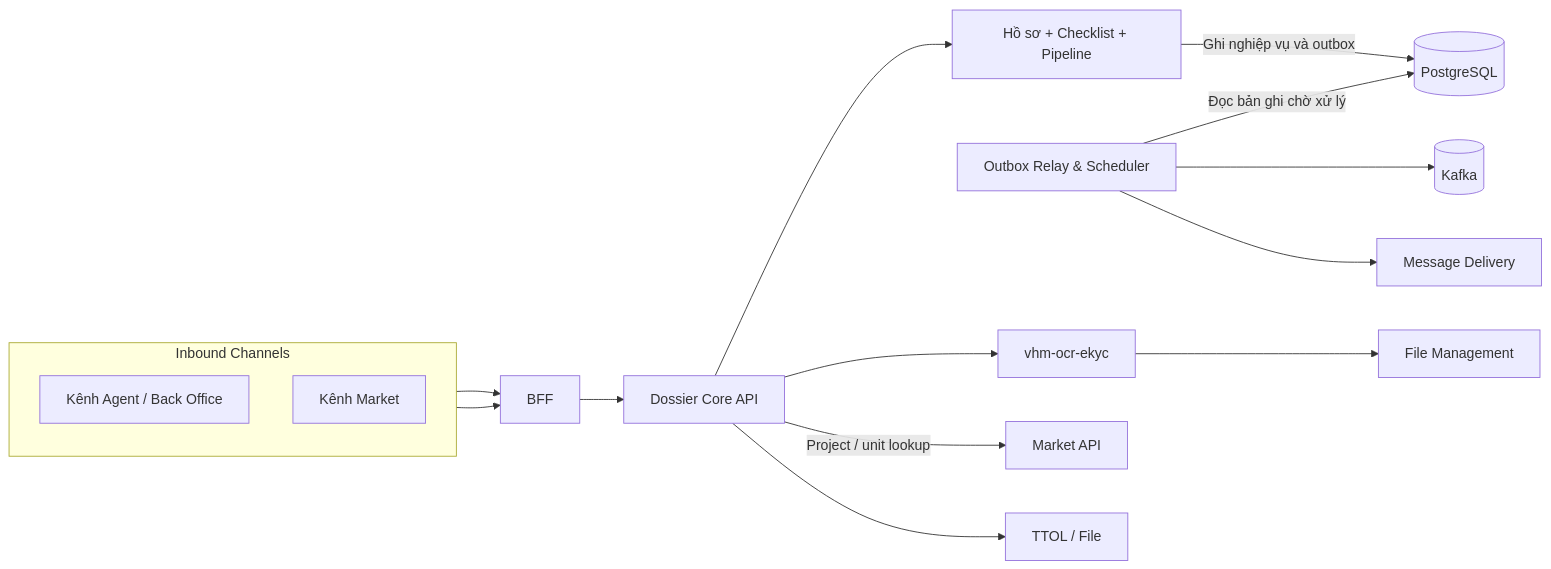
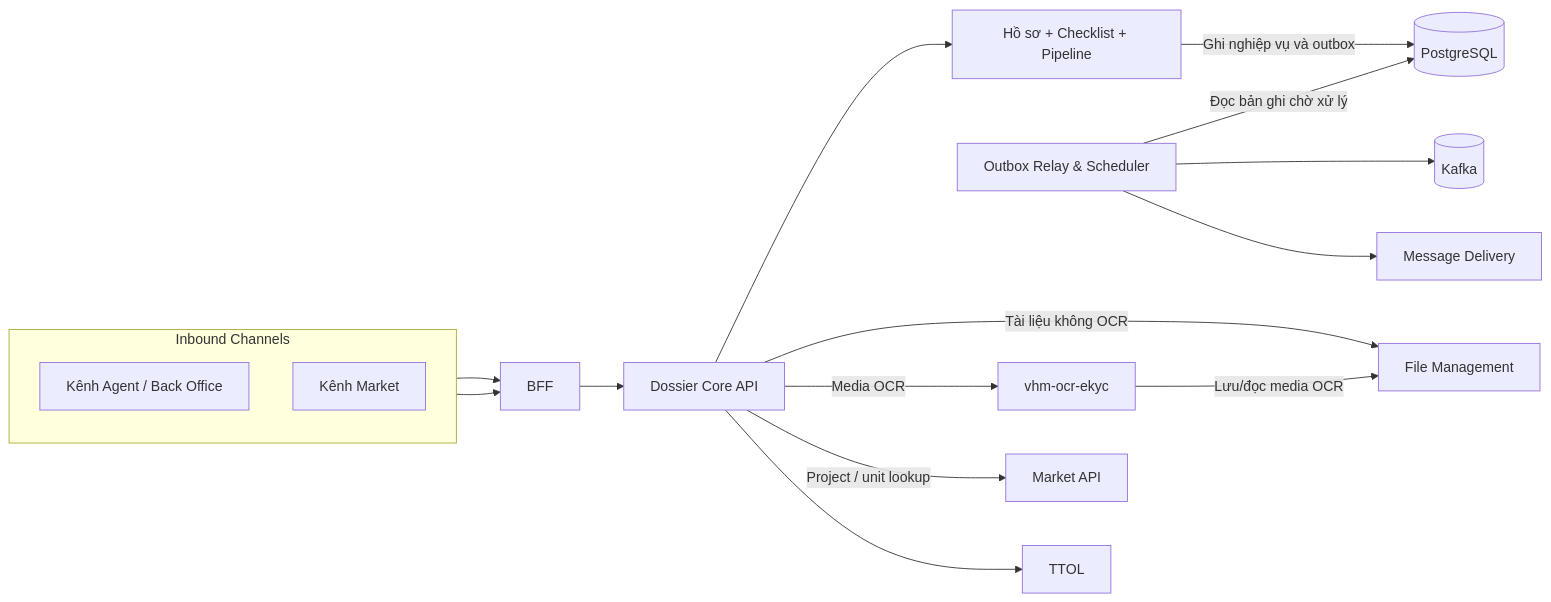
The second of 8 diagrams in tdd-dossier.md (huynv-xyz/vhm), drawn with Mermaid before and after one commit. The commit also changed other lines of this file, not shown here.

````diff
--- a/tdd-dossier.md
+++ b/tdd-dossier.md
@@ -202,20 +205,21 @@
 ```mermaid
 flowchart LR
     subgraph Channels[Inbound Channels]
         direction TB
         AgentChannel[Kênh Agent / Back Office]
         MarketChannel[Kênh Market]
     end
     AgentChannel --> BFF[BFF]
     MarketChannel --> BFF
     BFF --> API[Dossier Core API]
     API --> Domain[Hồ sơ + Checklist + Pipeline]
     Domain -->|Ghi nghiệp vụ và outbox| DB[(PostgreSQL)]
     Relay[Outbox Relay & Scheduler] -->|Đọc bản ghi chờ xử lý| DB
     Relay --> Kafka[(Kafka)]
     Relay --> Message[Message Delivery]
-    API --> OCR[vhm-ocr-ekyc]
-    OCR --> File[File Management]
+    API -->|Tài liệu không OCR| File[File Management]
+    API -->|Media OCR| OCR[vhm-ocr-ekyc]
+    OCR -->|Lưu/đọc media OCR| File
     API -->|Project / unit lookup| MarketAPI[Market API]
-    API --> Enterprise[TTOL / File]
+    API --> Enterprise[TTOL]
 ```
````
